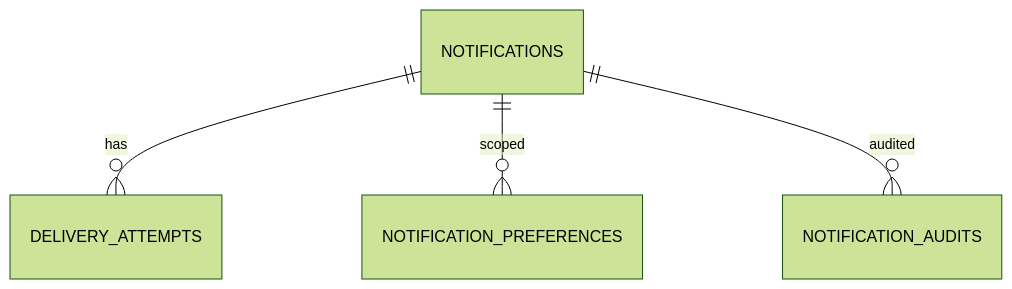
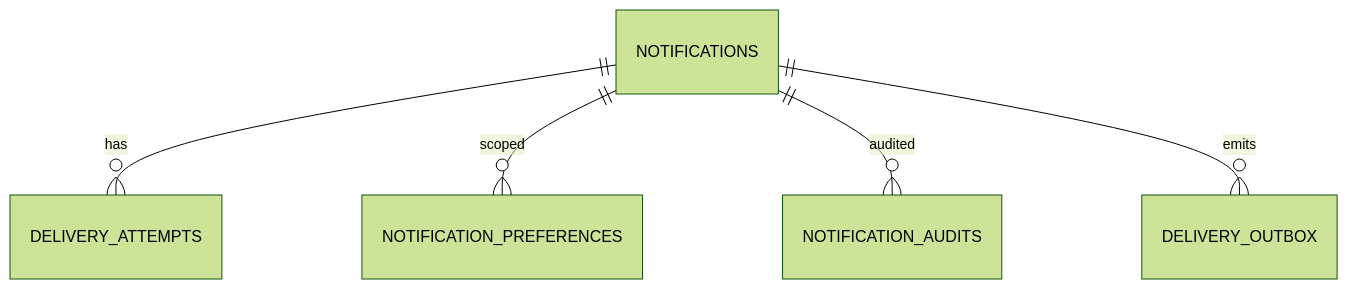
Before and after one commit to ecommerce-taca/docs: the diagram in notification-docs/docs/db/notification.md, drawn with Mermaid (forest theme). The commit also changed other lines of this file, not shown here.

First line of the commit message:
docs(notification): bổ sung bảng delivery_outbox vào §2/§3/§4

````diff
--- a/notification-docs/docs/db/notification.md
+++ b/notification-docs/docs/db/notification.md
@@ -19,6 +19,7 @@
 ```mermaid
 erDiagram
     NOTIFICATIONS ||--o{ DELIVERY_ATTEMPTS : has
     NOTIFICATIONS ||--o{ NOTIFICATION_PREFERENCES : scoped
     NOTIFICATIONS ||--o{ NOTIFICATION_AUDITS : audited
+    NOTIFICATIONS ||--o{ DELIVERY_OUTBOX : emits
 ```
````
